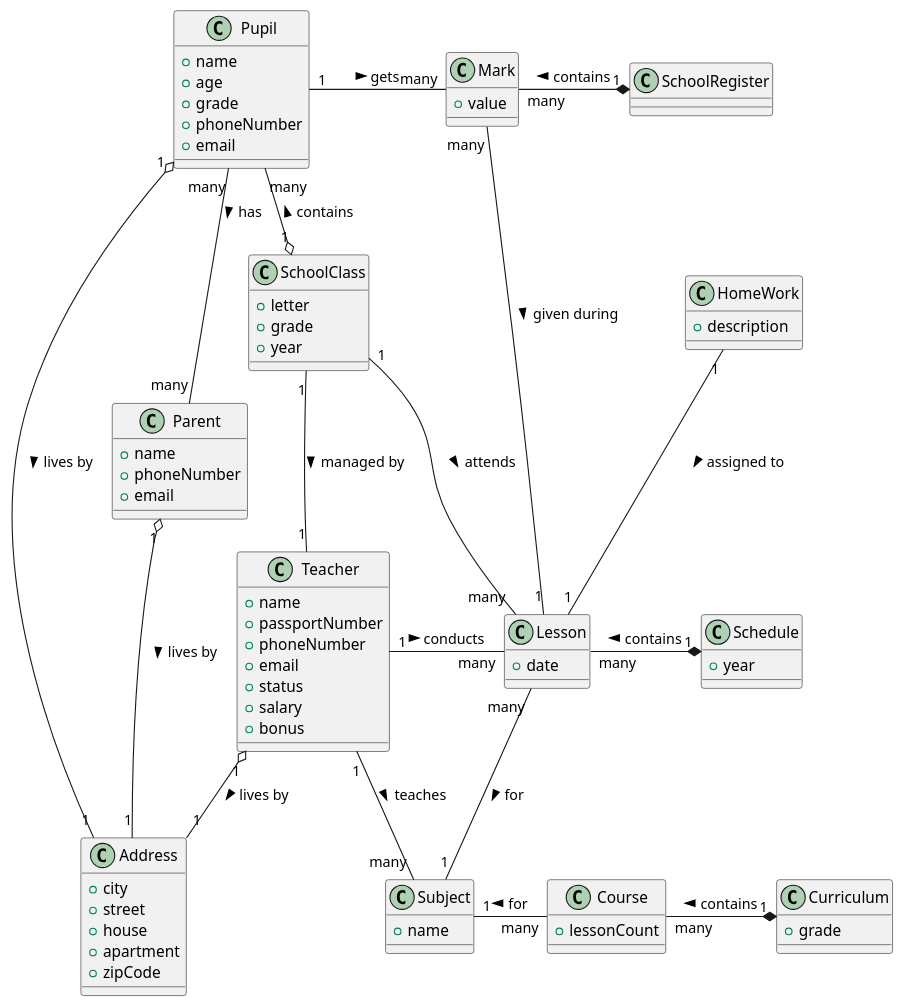
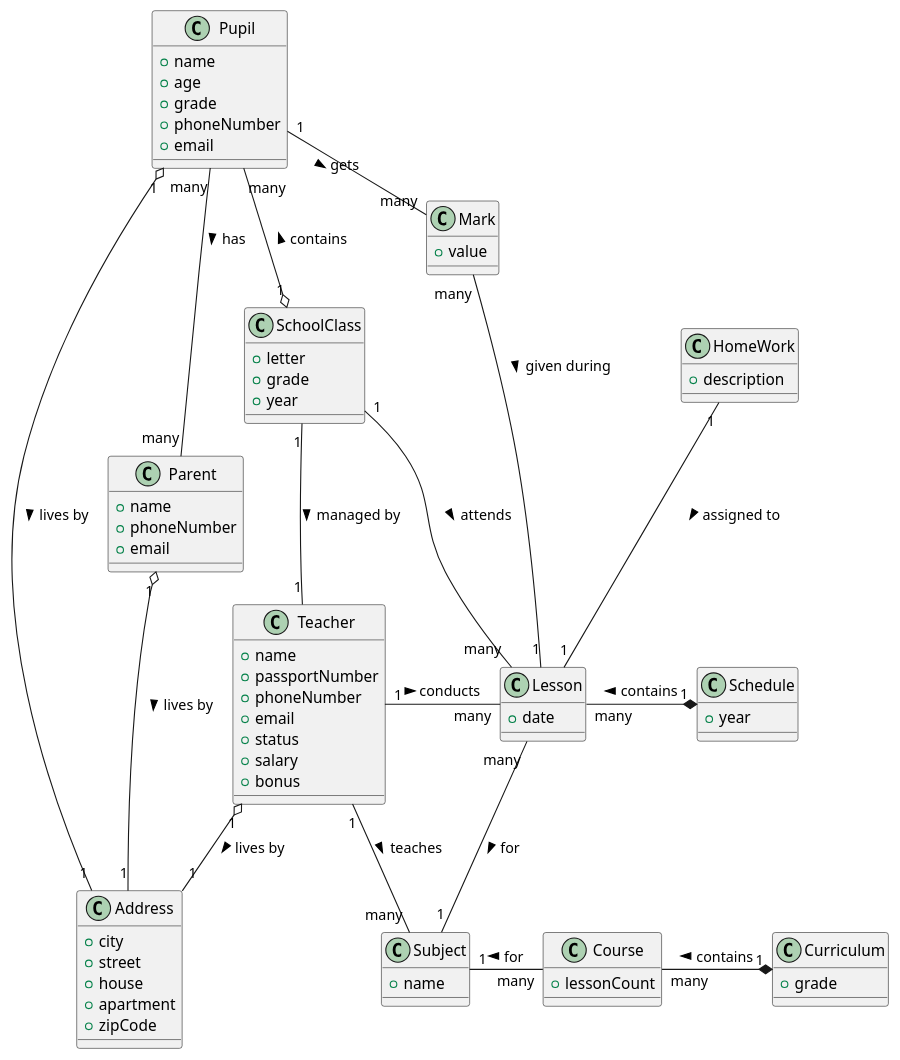
The diagram in domain-model.puml (vzhuleho/microservices-school), drawn with PlantUML before and after one commit. The commit also changed 1 other file, not shown here.

Commit message:
school: update documents, prettify domain-model scheme

```diff
--- a/domain-model.puml
+++ b/domain-model.puml
@@ -1,93 +1,88 @@
 @startuml
 
 class Teacher {
     + name
     + passportNumber
     + phoneNumber
     + email
     + status
     + salary
     + bonus
 }
 
 class Subject {
     + name
 }
 
 class Pupil {
     + name
     + age
     + grade
     + phoneNumber
     + email
 }
 
 class Address {
     + city
     + street
     + house
     + apartment
     + zipCode
 }
 
 class Parent {
     + name
     + phoneNumber
     + email
 }
 
 class SchoolClass {
     + letter
     + grade
     + year
 }
 
 class Schedule {
     + year
 }
 
 class Lesson {
     + date
 }
 
 
 class Curriculum {
     + grade
 }
 
 class Course {
     + lessonCount
 }
 
-class SchoolRegister {
-
-}
-
 class Mark {
     + value
 }
 
 class HomeWork {
     + description
 }
 
 
 Pupil "1" o-- "1" Address : lives by >
 Parent "1" o-- "1" Address : lives by >
 Pupil "many" -- "many" Parent: has >
 Teacher "1" o-- "1" Address : lives by >
 Teacher "1" -- "many" Subject : teaches >
 SchoolClass "1" -- "1" Teacher: managed by >
 SchoolClass "1" o-up- "many" Pupil: contains >
 Schedule "1" *-left- "many" Lesson: contains >
 Teacher "1" -right- "many" Lesson: conducts >
 SchoolClass "1" -- "many" Lesson: attends >
 Curriculum "1" *-left- "many" Course: contains >
 Course "many" -left- "1" Subject: for >
-SchoolRegister "1" *-left- "many" Mark: contains >
 Mark "many" -- "1" Lesson: given during >
 Pupil "1" -right- "many" Mark: gets >
 Lesson "many" -- "1" Subject: for >
 HomeWork "1" -- "1" Lesson: assigned to >
 
 @enduml
```
